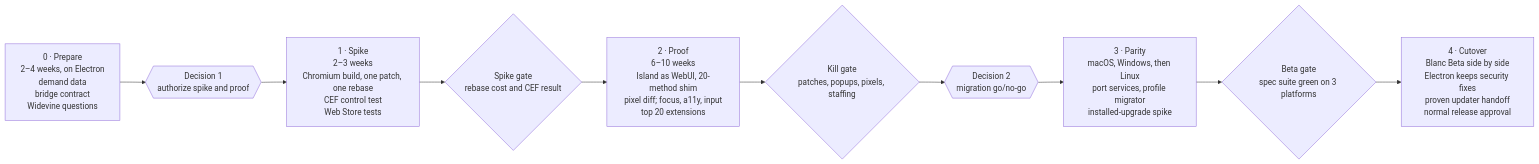
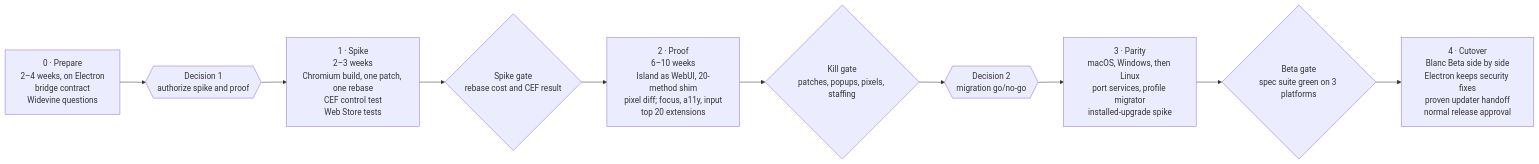
The second of 2 diagrams in docs/platform-migration-electron-to-chromium-2026-10-04.md (bnfy/blanc), drawn with Mermaid before and after one commit. The commit also changed other lines of this file and 2 other files, not shown here.

First line of the commit message:
Drop the demand check and record the Widevine inquiry (#545)

````diff
--- a/docs/platform-migration-electron-to-chromium-2026-10-04.md
+++ b/docs/platform-migration-electron-to-chromium-2026-10-04.md
@@ -201,14 +201,14 @@
 ```mermaid
 flowchart LR
-  P0["0 · Prepare<br/>2–4 weeks, on Electron<br/>demand data<br/>bridge contract<br/>Widevine questions"]
+  P0["0 · Prepare<br/>2–4 weeks, on Electron<br/>bridge contract<br/>Widevine questions"]
   D1{{"Decision 1<br/>authorize spike and proof"}}
   P1["1 · Spike<br/>2–3 weeks<br/>Chromium build, one patch, one rebase<br/>CEF control test<br/>Web Store tests"]
   G1{"Spike gate<br/>rebase cost and CEF result"}
   P2["2 · Proof<br/>6–10 weeks<br/>Island as WebUI, 20-method shim<br/>pixel diff; focus, a11y, input<br/>top 20 extensions"]
   G2{"Kill gate<br/>patches, popups, pixels, staffing"}
   P3["3 · Parity<br/>macOS, Windows, then Linux<br/>port services, profile migrator<br/>installed-upgrade spike"]
   G3{"Beta gate<br/>spec suite green on 3 platforms"}
   D2{{"Decision 2<br/>migration go/no-go"}}
   P4["4 · Cutover<br/>Blanc Beta side by side<br/>Electron keeps security fixes<br/>proven updater handoff<br/>normal release approval"]
   P0 --> D1 --> P1 --> G1 --> P2 --> G2 --> D2 --> P3 --> G3 --> P4
 ```
````
